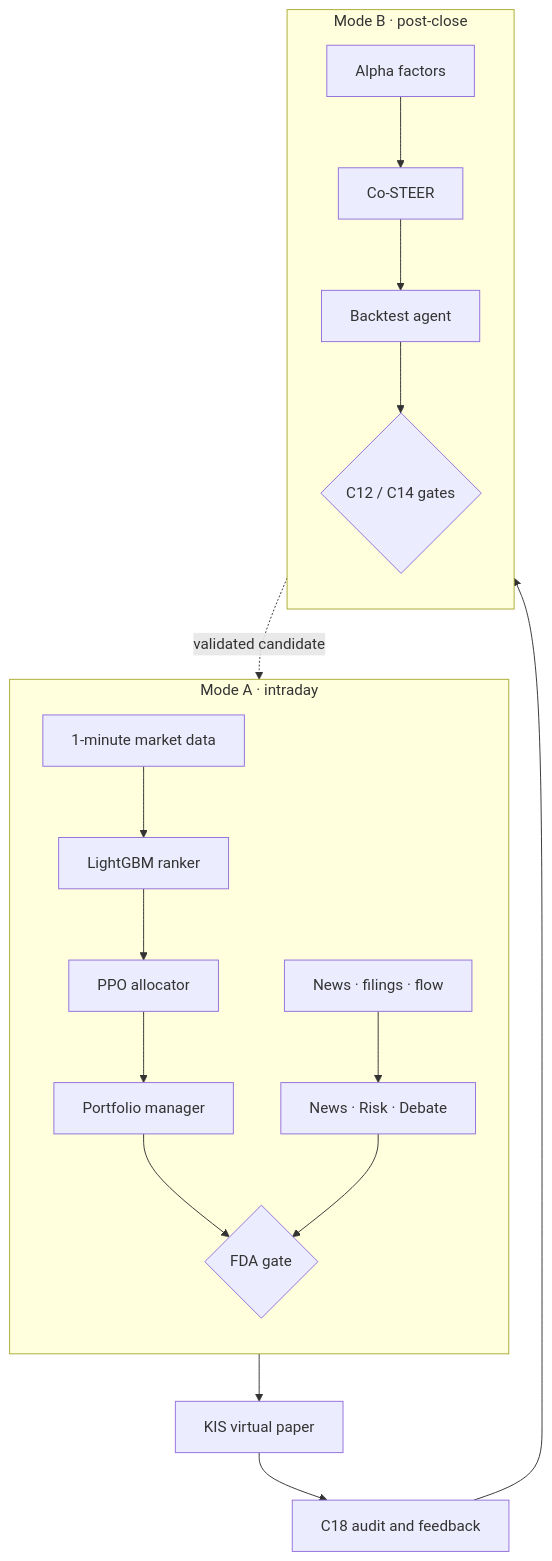
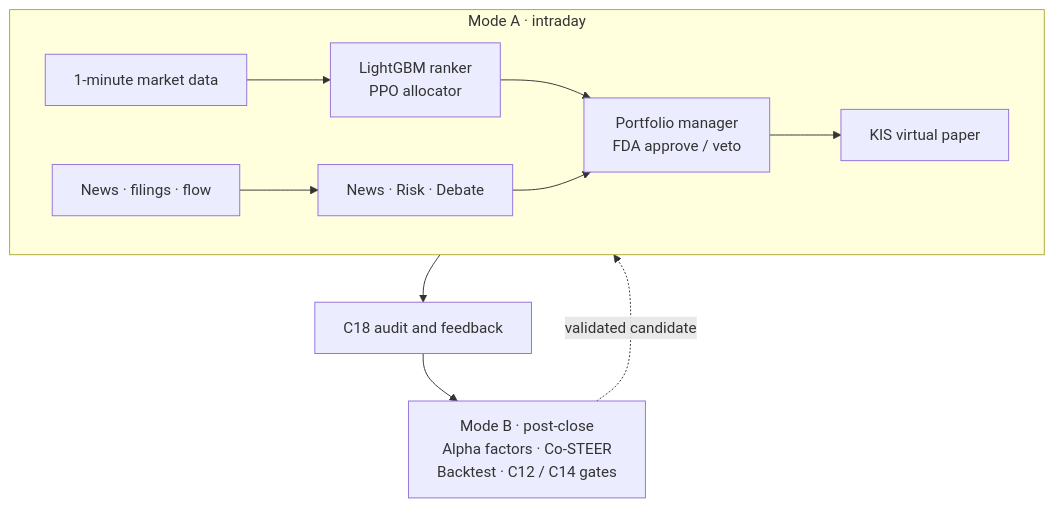
One commit to Jang1J/Flephant changed the diagram in README.md. Above: the diagram before and after it, drawn with Mermaid.

Commit message:
docs: balance architecture across viewports

````diff
--- a/README.md
+++ b/README.md
@@ -35,20 +35,13 @@
 ```mermaid
 flowchart TB
-    subgraph ModeA["Mode A · intraday"]
-        direction TB
-        Market["1-minute market data"] --> Ranker["LightGBM ranker"]
-        Ranker --> PPO["PPO allocator"] --> PM["Portfolio manager"] --> FDA{"FDA gate"}
-        Events["News · filings · flow"] --> Cold["News · Risk · Debate"] --> FDA
+    subgraph Intraday["Mode A · intraday"]
+        direction LR
+        Market["1-minute market data"] --> Models["LightGBM ranker<br/>PPO allocator"]
+        Models --> Decision["Portfolio manager<br/>FDA approve / veto"] --> Paper["KIS virtual paper"]
+        Events["News · filings · flow"] --> Agents["News · Risk · Debate"] --> Decision
     end
 
-    FDA --> Paper["KIS virtual paper"] --> Audit["C18 audit and feedback"]
-
-    subgraph ModeB["Mode B · post-close"]
-        direction TB
-        Factors["Alpha factors"] --> CoSTEER["Co-STEER"]
-        CoSTEER --> Backtest["Backtest agent"] --> Gate{"C12 / C14 gates"}
-    end
-
-    Audit --> Factors
-    Gate -. "validated candidate" .-> Ranker
+    Paper --> Audit["C18 audit and feedback"]
+    Audit --> ModeB["Mode B · post-close<br/>Alpha factors · Co-STEER<br/>Backtest · C12 / C14 gates"]
+    ModeB -. "validated candidate" .-> Models
 ```
````
